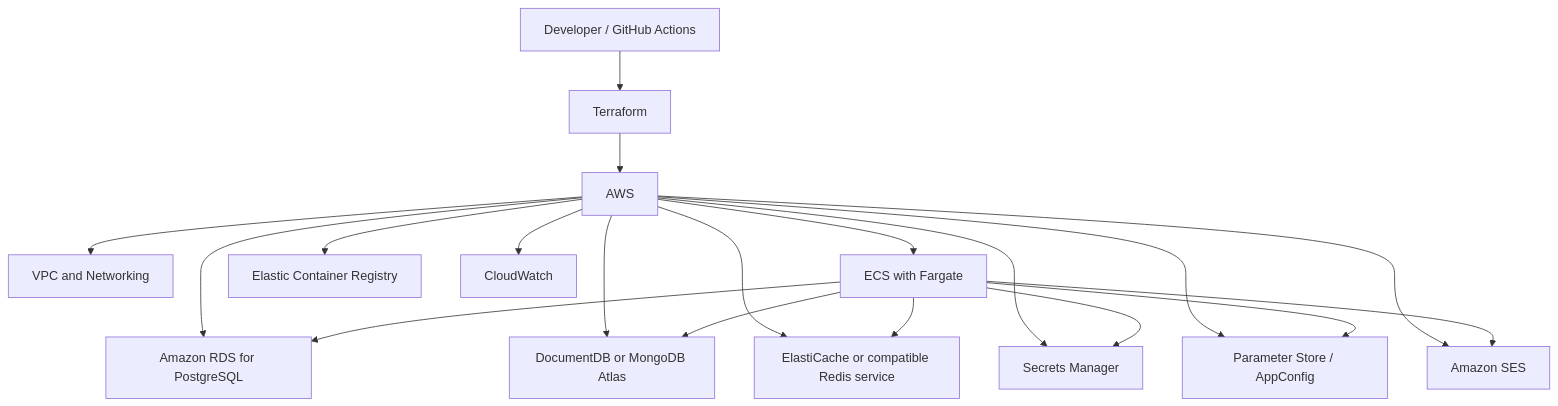
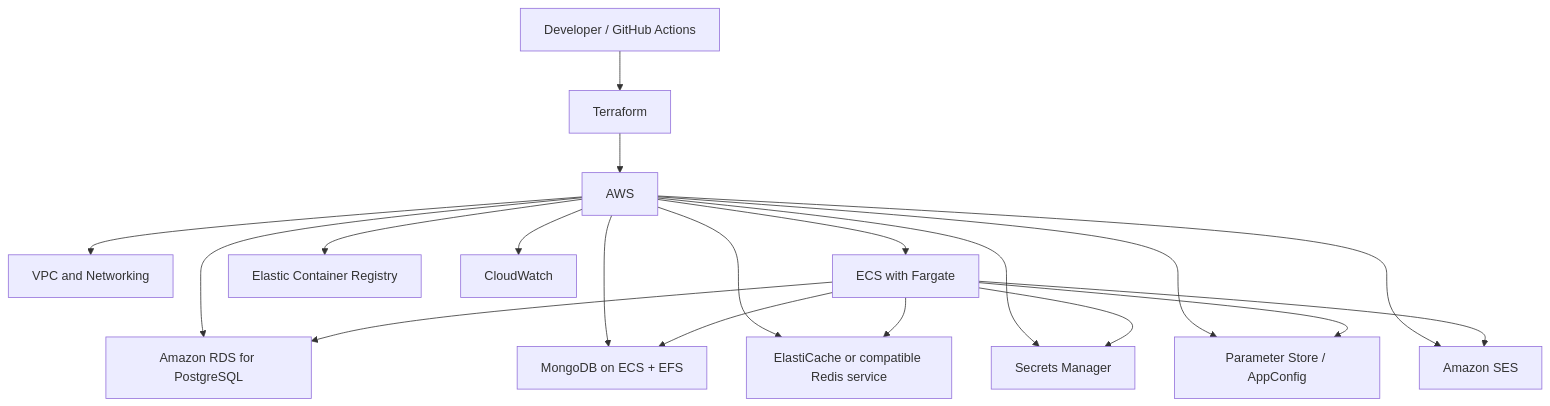
The diagram in docs/ADR/ADR-007-Migrate-Infrastructure-from-Microsoft-Azure-to-AWS.md (1ChristianAlex/motordesk), drawn with Mermaid before and after one commit. The commit also changed other lines of this file and 30 other files, not shown here.

````diff
--- a/docs/ADR/ADR-007-Migrate-Infrastructure-from-Microsoft-Azure-to-AWS.md
+++ b/docs/ADR/ADR-007-Migrate-Infrastructure-from-Microsoft-Azure-to-AWS.md
@@ -39,23 +43,23 @@
 ```mermaid
 flowchart TB
     Developer["Developer / GitHub Actions"] --> TF["Terraform"]
     TF --> AWS["AWS"]
 
     AWS --> VPC["VPC and Networking"]
     AWS --> ECS["ECS with Fargate"]
     AWS --> ECR["Elastic Container Registry"]
     AWS --> RDS["Amazon RDS for PostgreSQL"]
-    AWS --> DOCDB["DocumentDB or MongoDB Atlas"]
+    AWS --> MONGO["MongoDB on ECS + EFS"]
     AWS --> REDIS["ElastiCache or compatible Redis service"]
     AWS --> SM["Secrets Manager"]
     AWS --> CONFIG["Parameter Store / AppConfig"]
     AWS --> SES["Amazon SES"]
     AWS --> CW["CloudWatch"]
 
     ECS --> RDS
-    ECS --> DOCDB
+    ECS --> MONGO
     ECS --> REDIS
     ECS --> SM
     ECS --> CONFIG
     ECS --> SES
 ```
````
